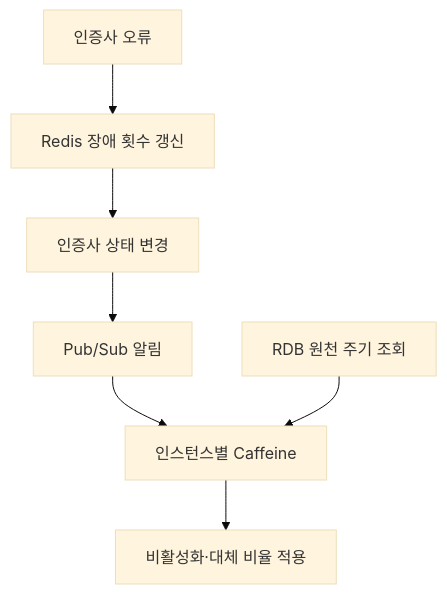
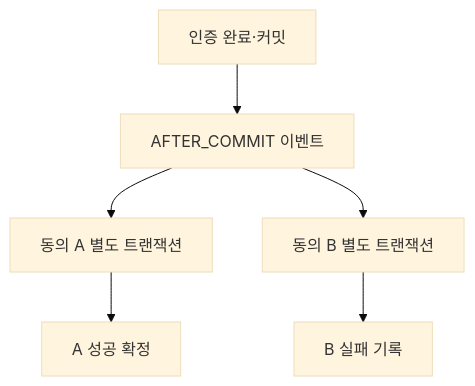
One commit to rojae/rojae.github.io changed the first of 2 diagrams in _posts/2026-10-17-backend-design-decisions-and-operational-boundaries.md. Above: the diagram before and after it, drawn with Mermaid (base theme). The commit also changed other lines of this file and 1 other file, not shown here.

````diff
--- a/_posts/2026-10-17-backend-design-decisions-and-operational-boundaries.md
+++ b/_posts/2026-10-17-backend-design-decisions-and-operational-boundaries.md
@@ -30,9 +41,8 @@
 ```mermaid
 flowchart TB
-    A[인증사 오류] --> B[Redis 장애 횟수 갱신]
-    B --> C[인증사 상태 변경]
-    C --> D[Pub/Sub 알림]
-    D --> E[인스턴스별 Caffeine]
-    F[RDB 원천 주기 조회] --> E
-    E --> G[비활성화·대체 비율 적용]
+    A[인증 완료·커밋] --> B[AFTER_COMMIT 이벤트]
+    B --> C[동의 A 별도 트랜잭션]
+    B --> D[동의 B 별도 트랜잭션]
+    C --> E[A 성공 확정]
+    D --> F[B 실패 기록]
 ```
````
